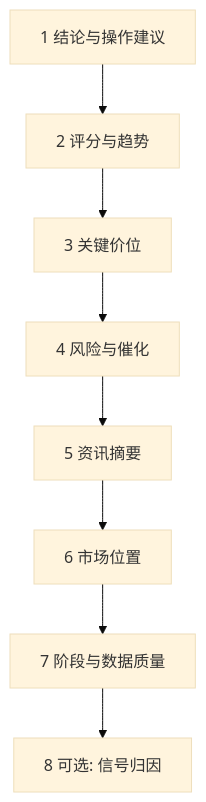
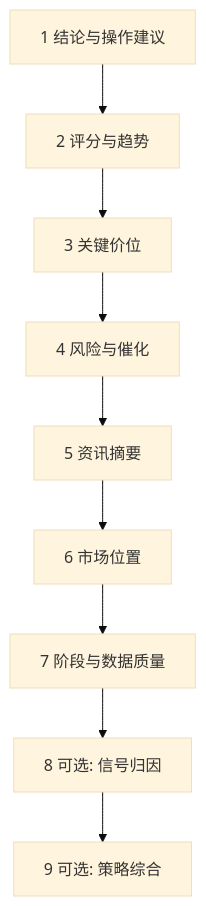
One commit to SiinXu/stock-pulse-ai changed the diagram in docs/ui-manual/08-reading-reports.md. Above: the diagram before and after it, drawn with Mermaid (base theme). The commit also changed other lines of this file and 93 other files, not shown here.

````diff
--- a/docs/ui-manual/08-reading-reports.md
+++ b/docs/ui-manual/08-reading-reports.md
@@ -11,10 +11,11 @@
 ```mermaid
 flowchart TD
   A[1 结论与操作建议] --> B[2 评分与趋势]
   B --> C[3 关键价位]
   C --> D[4 风险与催化]
   D --> E[5 资讯摘要]
   E --> F[6 市场位置]
   F --> G[7 阶段与数据质量]
   G --> H[8 可选: 信号归因]
+  H --> I[9 可选: 策略综合]
 ```
````
